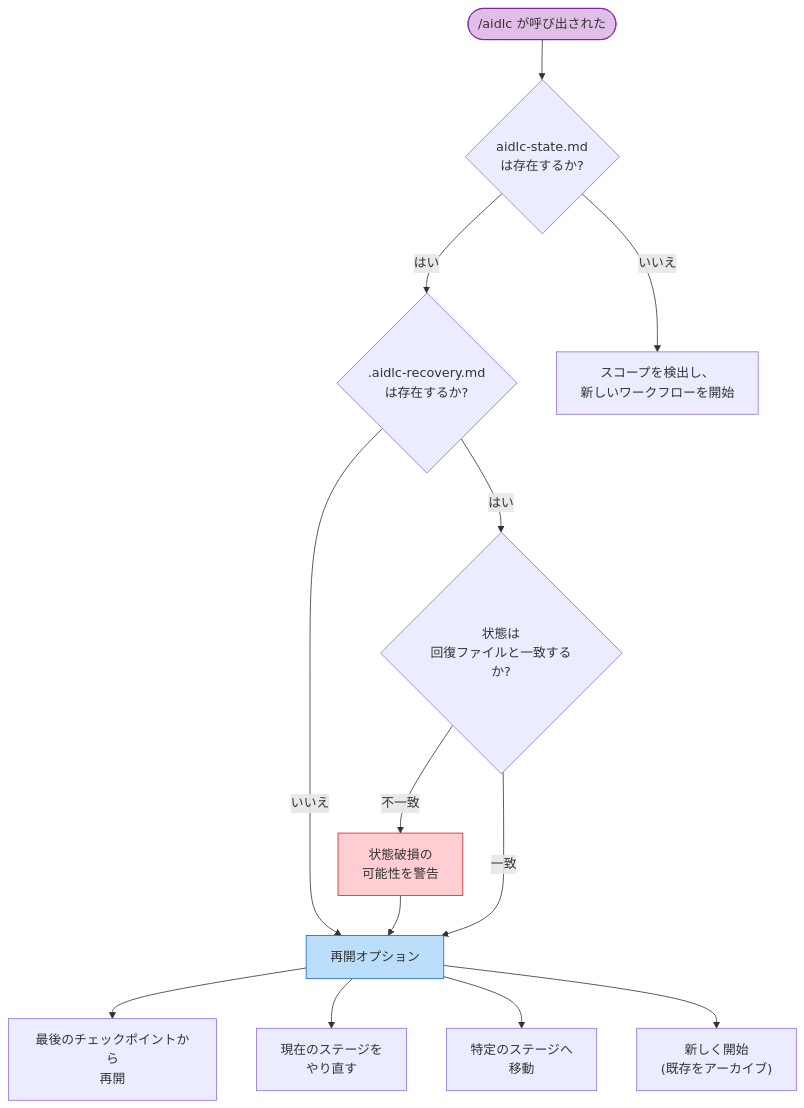
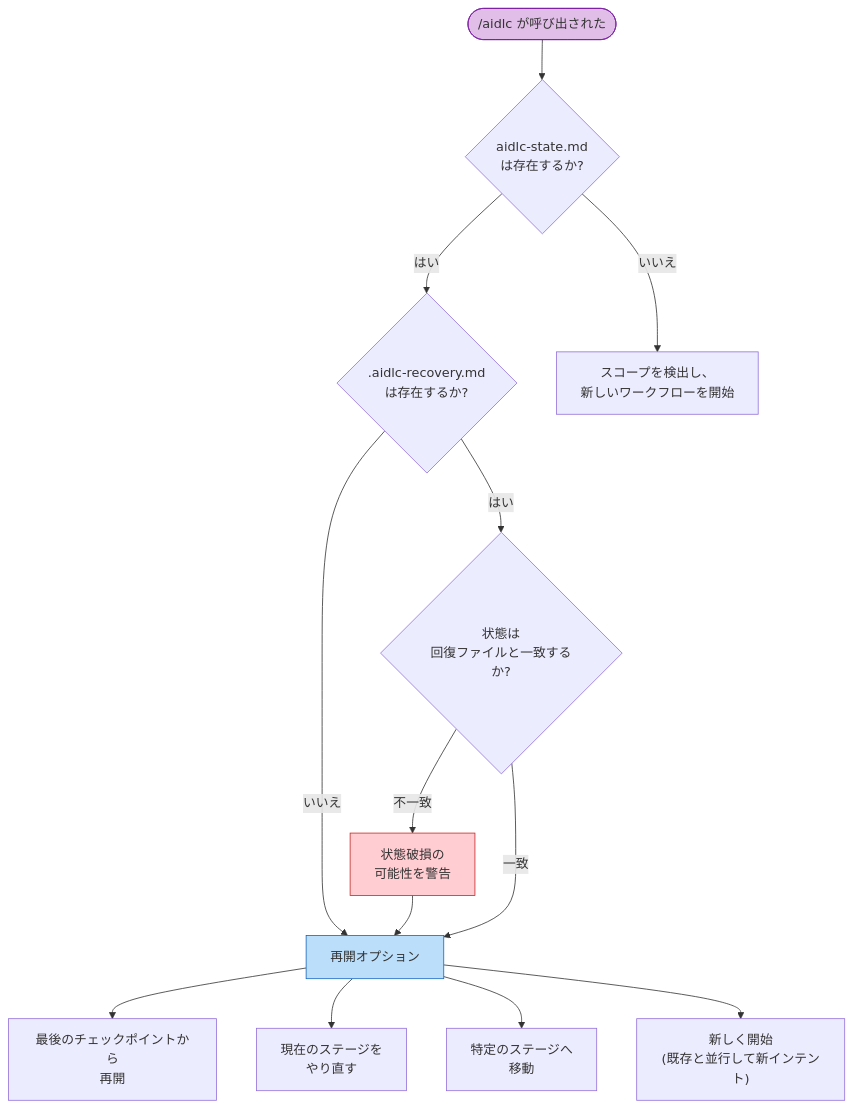
One commit to otomatty/aidlc-workflows-docs changed the diagram in docs/guide/11-session-management.mdx. Above: the diagram before and after it, drawn with Mermaid. The commit also changed other lines of this file and 71 other files, not shown here.

````diff
--- a/docs/guide/11-session-management.mdx
+++ b/docs/guide/11-session-management.mdx
@@ -16,34 +16,34 @@
 ```mermaid
 flowchart TD
     START(["/aidlc が呼び出された"])
     STATE_EXISTS{"aidlc-state.md\nは存在するか?"}
     RECOVERY_CHECK{".aidlc-recovery.md\nは存在するか?"}
     CORRUPTION{"状態は\n回復ファイルと一致するか?"}
     WARN["状態破損の\n可能性を警告"]
     RESUME_MENU["再開オプション"]
 
     OPT_RESUME["最後のチェックポイントから\n再開"]
     OPT_REDO["現在のステージを\nやり直す"]
     OPT_JUMP["特定のステージへ\n移動"]
-    OPT_FRESH["新しく開始\n(既存をアーカイブ)"]
+    OPT_FRESH["新しく開始\n(既存と並行して新インテント)"]
 
     SCOPE_DETECT["スコープを検出し、\n新しいワークフローを開始"]
 
     START --> STATE_EXISTS
     STATE_EXISTS -->|はい| RECOVERY_CHECK
     STATE_EXISTS -->|いいえ| SCOPE_DETECT
 
     RECOVERY_CHECK -->|はい| CORRUPTION
     RECOVERY_CHECK -->|いいえ| RESUME_MENU
     CORRUPTION -->|不一致| WARN --> RESUME_MENU
     CORRUPTION -->|一致| RESUME_MENU
 
     RESUME_MENU --> OPT_RESUME
     RESUME_MENU --> OPT_REDO
     RESUME_MENU --> OPT_JUMP
     RESUME_MENU --> OPT_FRESH
 
     style START fill:#e1bee7,stroke:#7b1fa2
     style RESUME_MENU fill:#bbdefb,stroke:#1565c0
     style WARN fill:#ffcdd2,stroke:#c62828
 ```
````
